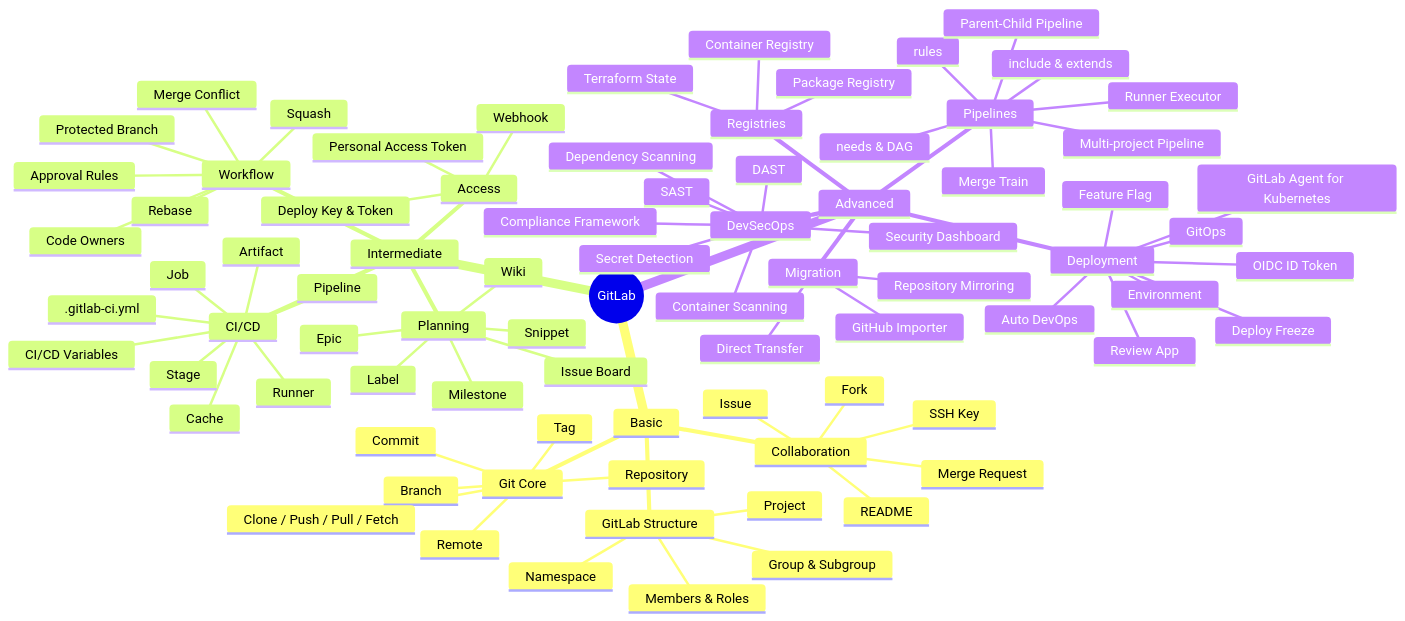
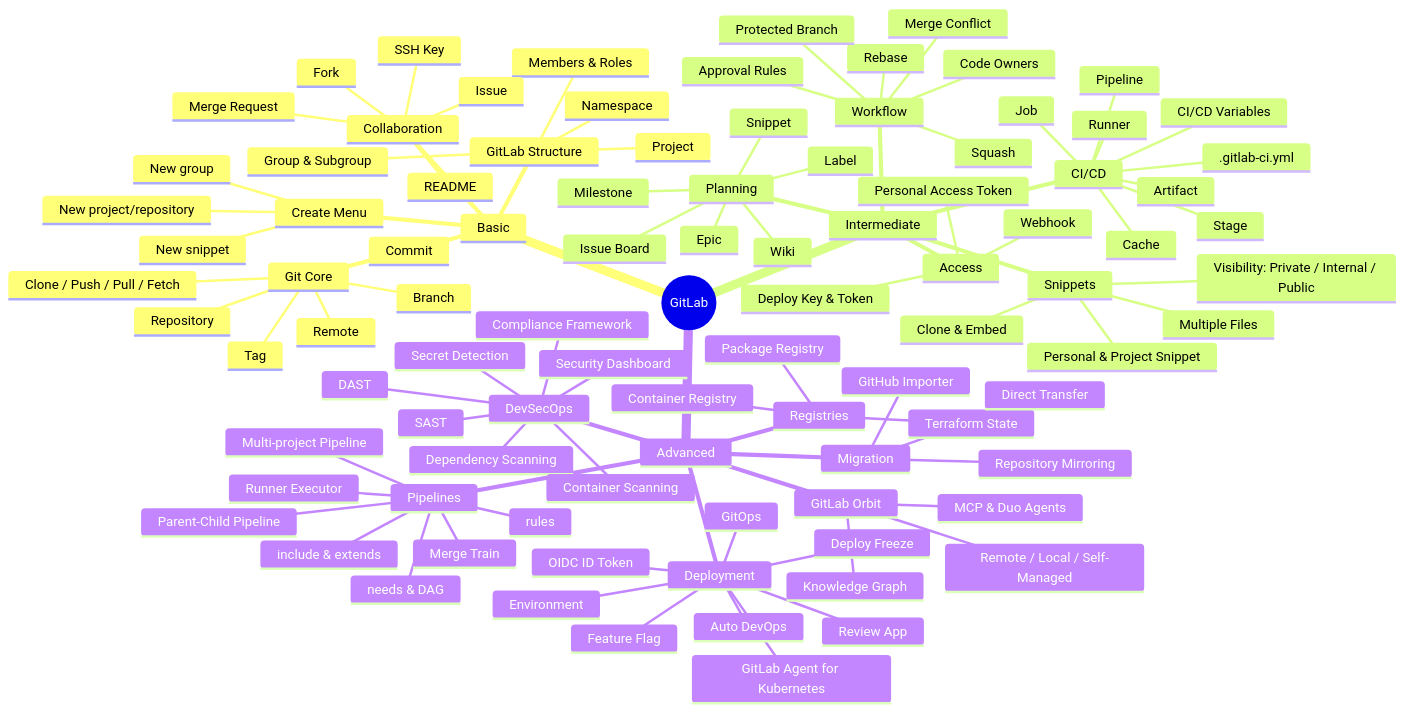
One commit to Ashukr321/GitLab-Complete-Guide changed the diagram in KEY-TERMINOLOGIES.md. Above: the diagram before and after it, drawn with Mermaid. The commit also changed other lines of this file, not shown here.

Commit message:
docs(terminologies): add snippets, create menu and GitLab Orbit sections

```diff
--- a/KEY-TERMINOLOGIES.md
+++ b/KEY-TERMINOLOGIES.md
@@ -32,6 +32,10 @@
         Group & Subgroup
         Namespace
         Members & Roles
+      Create Menu
+        New project/repository
+        New group
+        New snippet
       Collaboration
         Issue
         Merge Request
@@ -62,6 +66,11 @@
         Epic
         Wiki
         Snippet
+      Snippets
+        Personal & Project Snippet
+        Visibility: Private / Internal / Public
+        Multiple Files
+        Clone & Embed
       Access
         Personal Access Token
         Deploy Key & Token
@@ -96,6 +105,10 @@
         Feature Flag
         Deploy Freeze
         OIDC ID Token
+      GitLab Orbit
+        Knowledge Graph
+        Remote / Local / Self-Managed
+        MCP & Duo Agents
       Migration
         Repository Mirroring
         GitHub Importer
```
